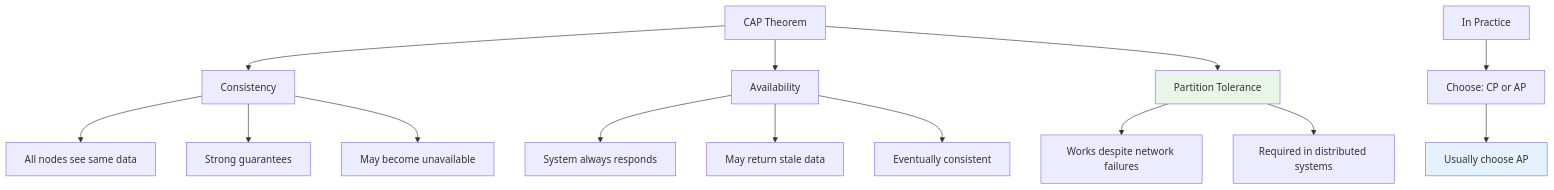
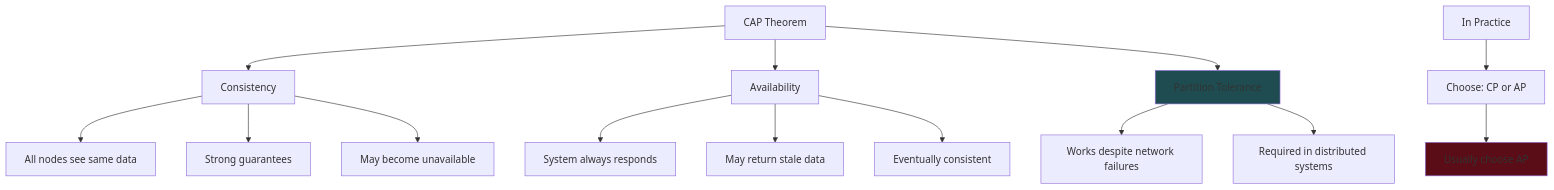
Before and after one commit to ahmedrzakhan/system-design-notes: the fifth of 21 diagrams in fundamentals/core_concepts.md, drawn with Mermaid. The commit also changed other lines of this file, not shown here.

````diff
--- a/fundamentals/core_concepts.md
+++ b/fundamentals/core_concepts.md
@@ -119,23 +119,23 @@
 ```mermaid
 graph TD
     A[CAP Theorem] --> B[Consistency]
     A --> C[Availability]
     A --> D[Partition Tolerance]
 
     B --> B1[All nodes see same data]
     B --> B2[Strong guarantees]
     B --> B3[May become unavailable]
 
     C --> C1[System always responds]
     C --> C2[May return stale data]
     C --> C3[Eventually consistent]
 
     D --> D1[Works despite network failures]
     D --> D2[Required in distributed systems]
 
     E[In Practice] --> F[Choose: CP or AP]
     F --> G[Usually choose AP]
 
-    style D fill:#e8f5e8
-    style G fill:#e3f2fd
+    style D fill:#1E4C50
+    style G fill:#5A0D16
 ```
````
